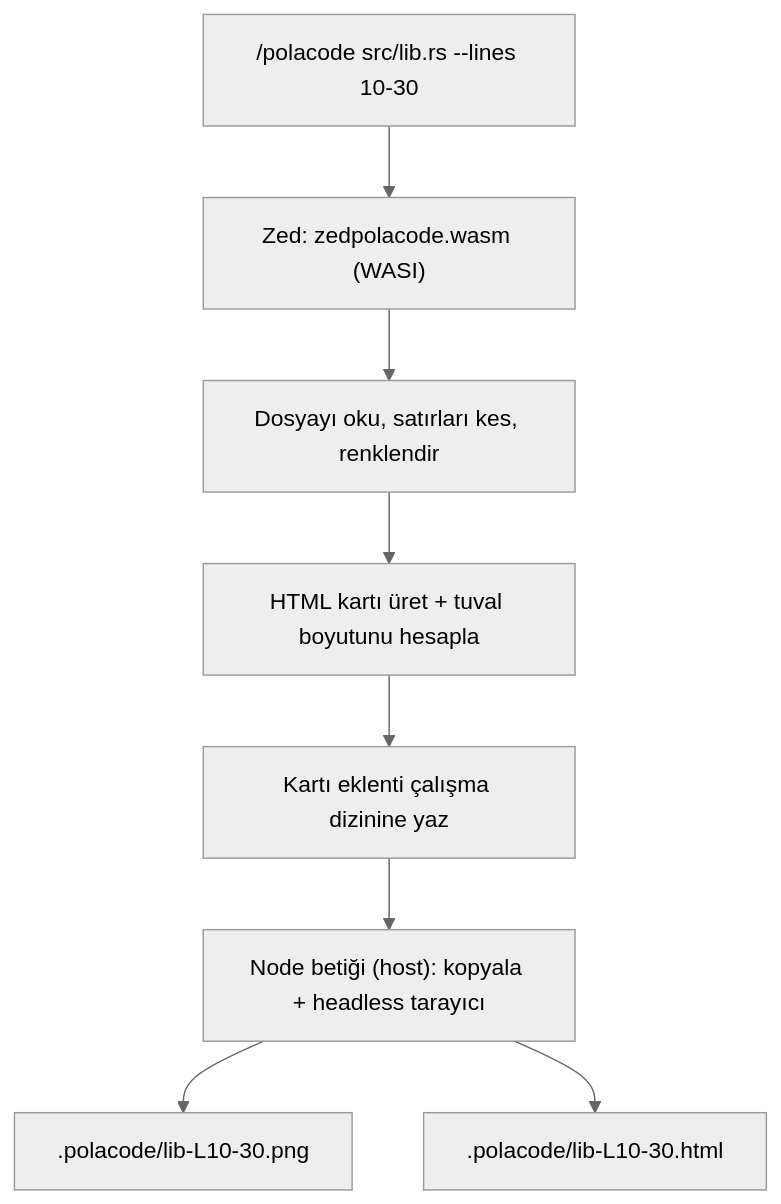
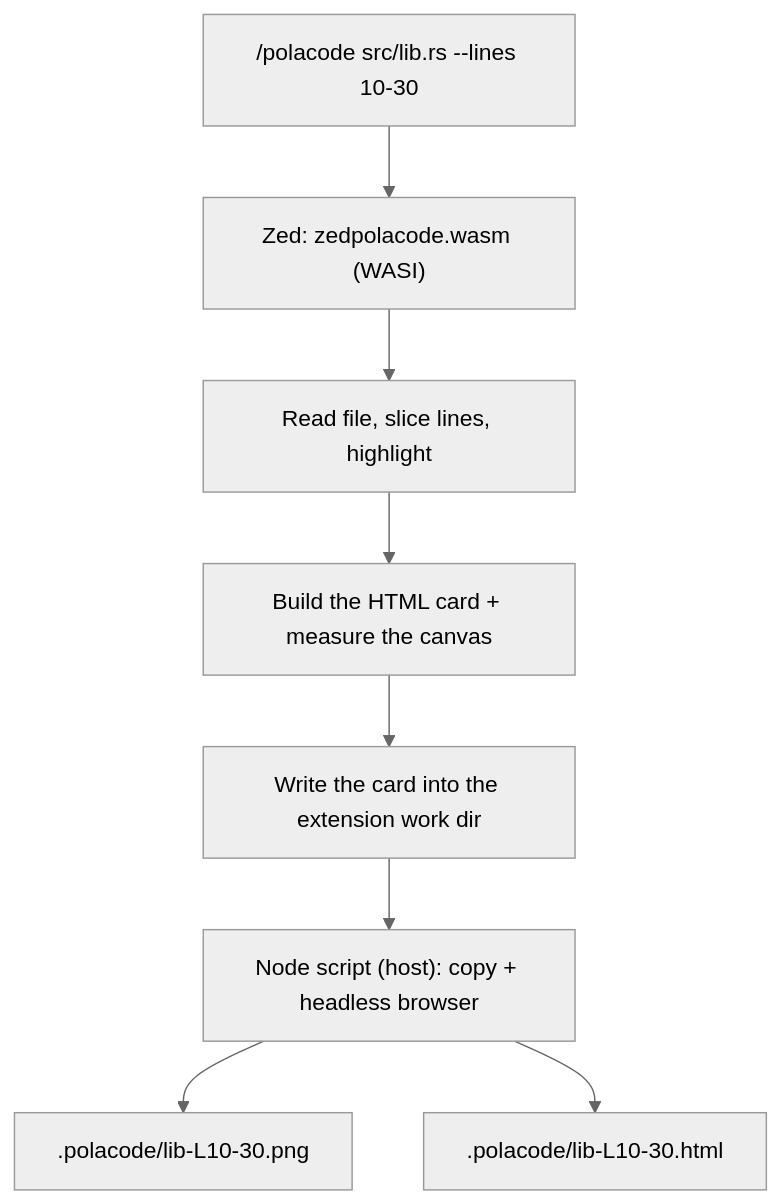
The diagram in README.md (talhayksk/zedpolacode), drawn with Mermaid (neutral theme) before and after one commit. The commit also changed other lines of this file and 9 other files, not shown here.

````diff
--- a/README.md
+++ b/README.md
@@ -135,10 +133,10 @@
 ```mermaid
 flowchart TD
     A["/polacode src/lib.rs --lines 10-30"] --> B["Zed: zedpolacode.wasm (WASI)"]
-    B --> C["Dosyayı oku, satırları kes, renklendir"]
-    C --> D["HTML kartı üret + tuval boyutunu hesapla"]
-    D --> E["Kartı eklenti çalışma dizinine yaz"]
-    E --> F["Node betiği (host): kopyala + headless tarayıcı"]
+    B --> C["Read file, slice lines, highlight"]
+    C --> D["Build the HTML card + measure the canvas"]
+    D --> E["Write the card into the extension work dir"]
+    E --> F["Node script (host): copy + headless browser"]
     F --> G[".polacode/lib-L10-30.png"]
     F --> H[".polacode/lib-L10-30.html"]
 ```
````
